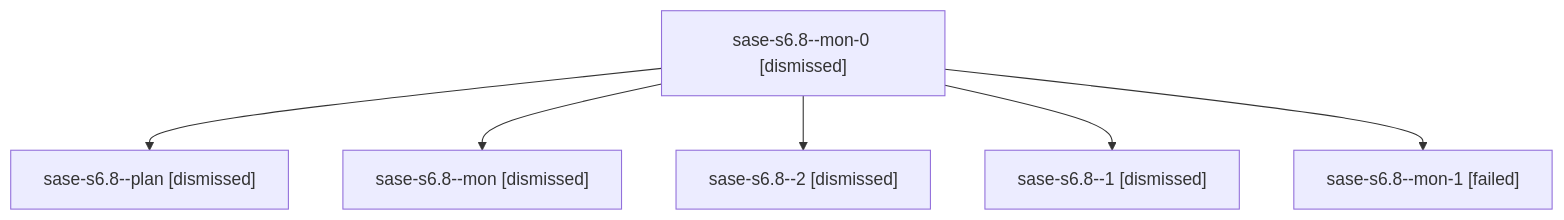
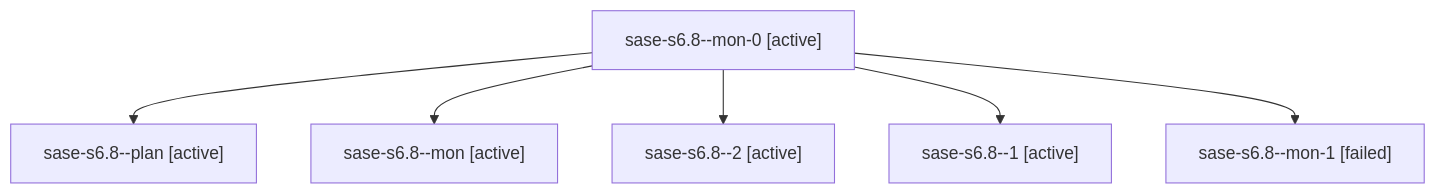
One commit to sase-org/sase--agents changed the diagram in families/bbugyi200.athena.sase-s6.8.md. Above: the diagram before and after it, drawn with Mermaid. The commit also changed other lines of this file and 35830 other files, not shown here.

````diff
--- a/families/bbugyi200.athena.sase-s6.8.md
+++ b/families/bbugyi200.athena.sase-s6.8.md
@@ -9,14 +9,14 @@
 ```mermaid
 flowchart TD
-  n0["sase-s6.8--mon-0 [dismissed]"]
-  n1["sase-s6.8--plan [dismissed]"]
+  n0["sase-s6.8--mon-0 [active]"]
+  n1["sase-s6.8--plan [active]"]
   n0 --> n1
-  n2["sase-s6.8--mon [dismissed]"]
+  n2["sase-s6.8--mon [active]"]
   n0 --> n2
-  n3["sase-s6.8--2 [dismissed]"]
+  n3["sase-s6.8--2 [active]"]
   n0 --> n3
-  n4["sase-s6.8--1 [dismissed]"]
+  n4["sase-s6.8--1 [active]"]
   n0 --> n4
   n5["sase-s6.8--mon-1 [failed]"]
   n0 --> n5
 ```
````
